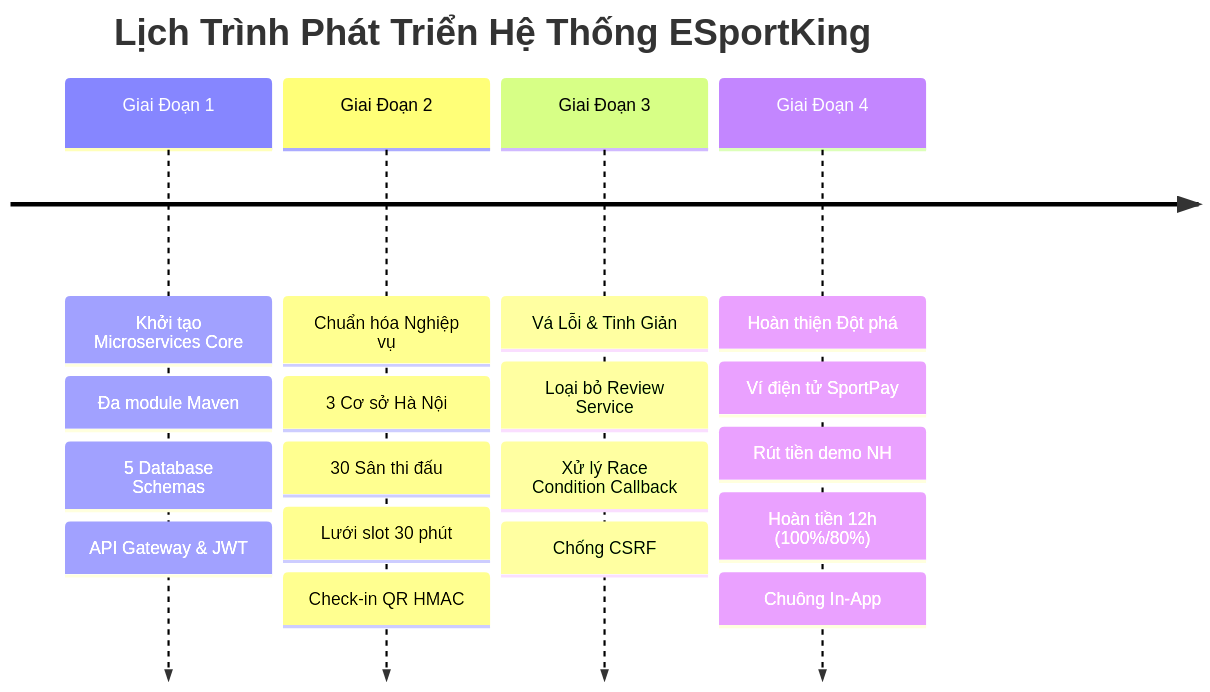
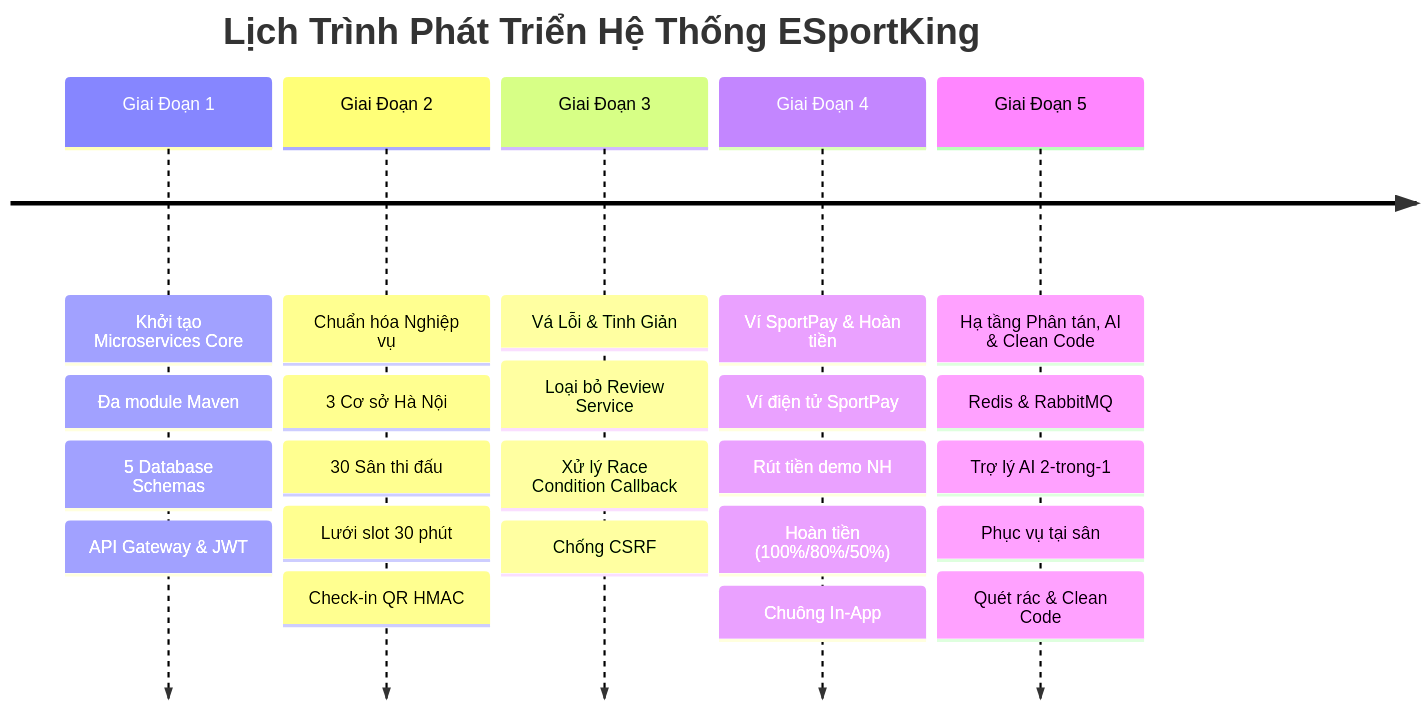
The diagram in BAO_CAO_TIEN_DO_PHAT_TRIEN.md (dieuiuquinbel/HDV), drawn with Mermaid before and after one commit. The commit also changed other lines of this file and 65 other files, not shown here.

Commit message:
feat: refactor clean code, popup hoan tien, goi do 2 tab, fix doanh thu admin & dong bo tai khoan JSON

````diff
--- a/BAO_CAO_TIEN_DO_PHAT_TRIEN.md
+++ b/BAO_CAO_TIEN_DO_PHAT_TRIEN.md
@@ -20,8 +20,9 @@
 ```mermaid
 timeline
     title Lịch Trình Phát Triển Hệ Thống ESportKing
     Giai Đoạn 1 : Khởi tạo Microservices Core : Đa module Maven : 5 Database Schemas : API Gateway & JWT
     Giai Đoạn 2 : Chuẩn hóa Nghiệp vụ : 3 Cơ sở Hà Nội : 30 Sân thi đấu : Lưới slot 30 phút : Check-in QR HMAC
     Giai Đoạn 3 : Vá Lỗi & Tinh Giản : Loại bỏ Review Service : Xử lý Race Condition Callback : Chống CSRF
-    Giai Đoạn 4 : Hoàn thiện Đột phá : Ví điện tử SportPay : Rút tiền demo NH : Hoàn tiền 12h (100%/80%) : Chuông In-App
+    Giai Đoạn 4 : Ví SportPay & Hoàn tiền : Ví điện tử SportPay : Rút tiền demo NH : Hoàn tiền (100%/80%/50%) : Chuông In-App
+    Giai Đoạn 5 : Hạ tầng Phân tán, AI & Clean Code : Redis & RabbitMQ : Trợ lý AI 2-trong-1 : Phục vụ tại sân : Quét rác & Clean Code
 ```
````
